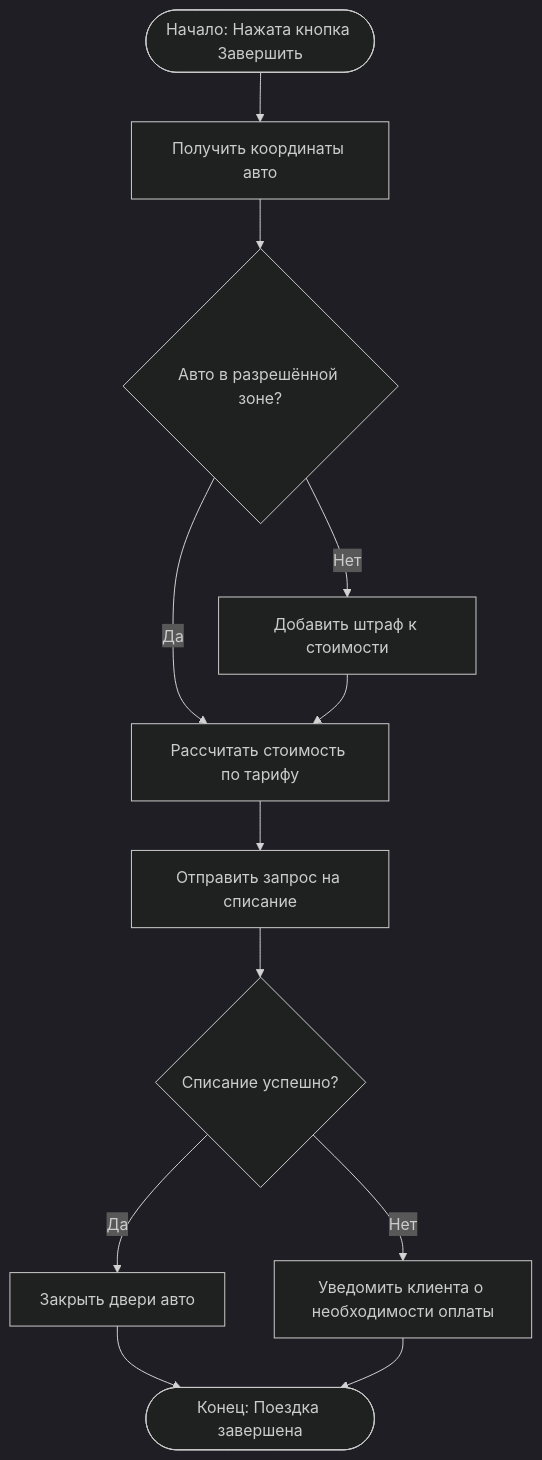
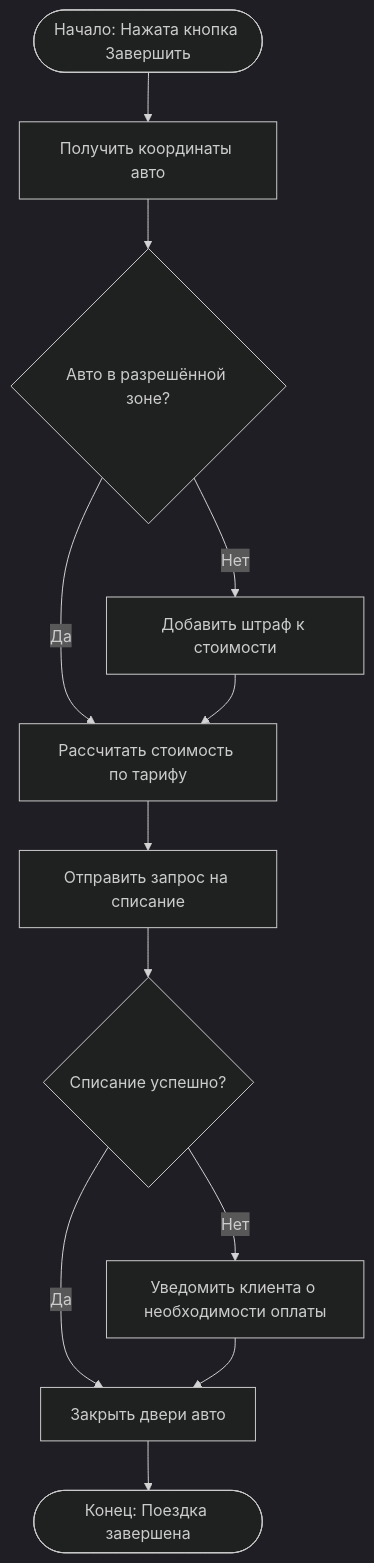
One commit to kazakulyana58-dot/visual-programming-labs-kazak changed the diagram in lab1/docs/flowchart.md. Above: the diagram before and after it, drawn with Mermaid (dark theme).

````diff
--- a/lab1/docs/flowchart.md
+++ b/lab1/docs/flowchart.md
@@ -3,18 +3,18 @@
 ```mermaid
 flowchart TD
     A([Начало: Нажата кнопка Завершить]) --> B[Получить координаты авто]
     B --> C{Авто в разрешённой зоне?}
     
     C -- Да --> D[Рассчитать стоимость по тарифу]
     C -- Нет --> E[Добавить штраф к стоимости]
     E --> D
     
     D --> F[Отправить запрос на списание]
     F --> G{Списание успешно?}
     
     G -- Да --> H[Закрыть двери авто]
     G -- Нет --> I[Уведомить клиента о необходимости оплаты]
     
+    I --> H
     H --> J([Конец: Поездка завершена])
-    I --> J
 ```
````
